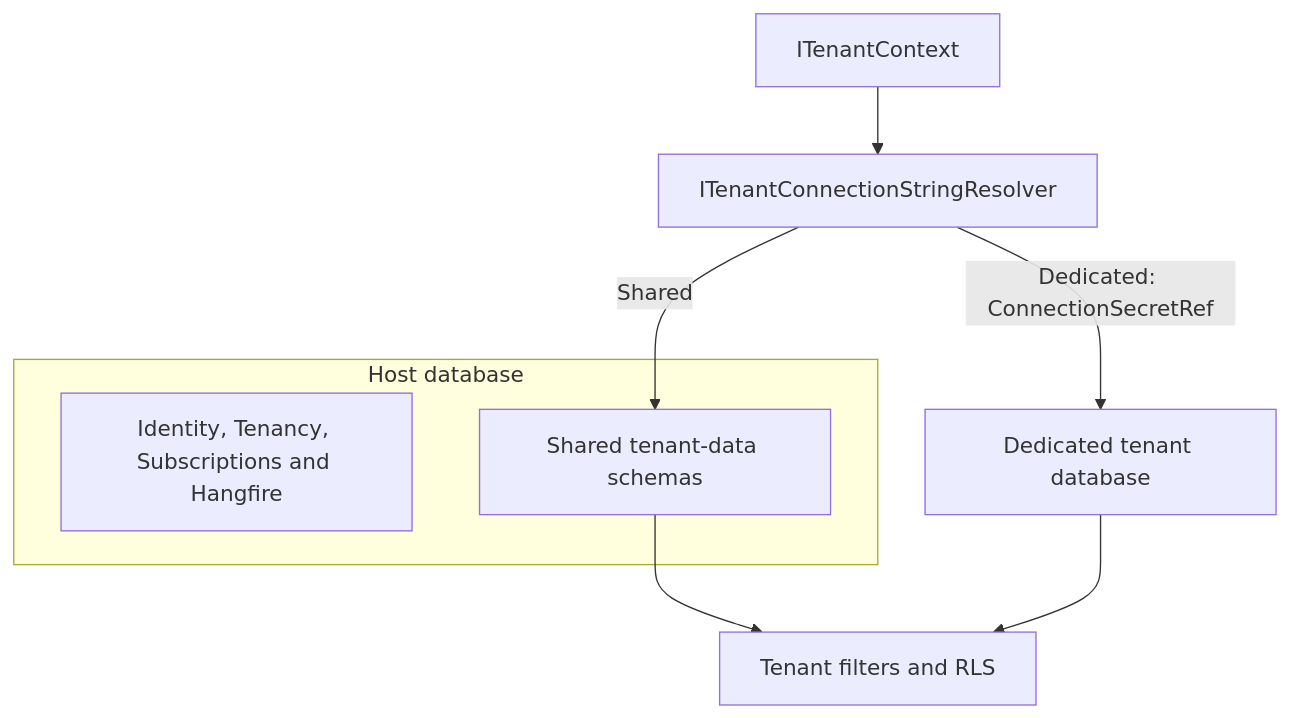
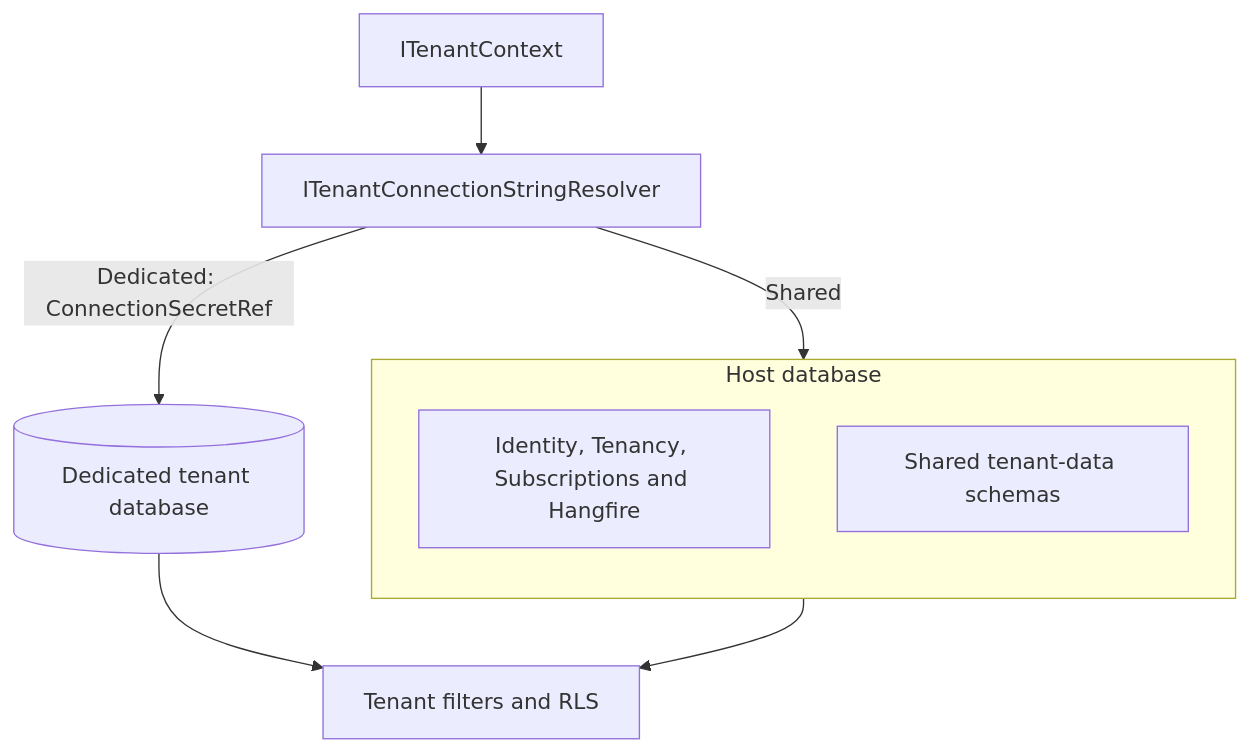
The second of 5 diagrams in wiki/MultiTenancy/Overview.md (mhasabalah/StarterKit), drawn with Mermaid before and after one commit. The commit also changed other lines of this file and 152 other files, not shown here.

Commit message:
feat(docs): add Fumadocs V2 and standardize diagrams

````diff
--- a/wiki/MultiTenancy/Overview.md
+++ b/wiki/MultiTenancy/Overview.md
@@ -159,12 +166,18 @@
 ```mermaid
 flowchart TB
+  accTitle: Shared and dedicated topology
+  accDescr: Tenant-data connections vary by isolation mode while control-plane data stays in the host database.
   C[ITenantContext] --> R[ITenantConnectionStringResolver]
   subgraph Host[Host database]
+    direction TB
     H[Identity, Tenancy, Subscriptions and Hangfire]
     S[Shared tenant-data schemas]
   end
   R -->|Shared| S
-  R -->|Dedicated: ConnectionSecretRef| D[Dedicated tenant database]
+  R -->|Dedicated: ConnectionSecretRef| D[(Dedicated tenant database)]
   S --> F[Tenant filters and RLS]
   D --> F
+  class C application
+  class R,F infrastructure
+  class H,S,D data
 ```
````
